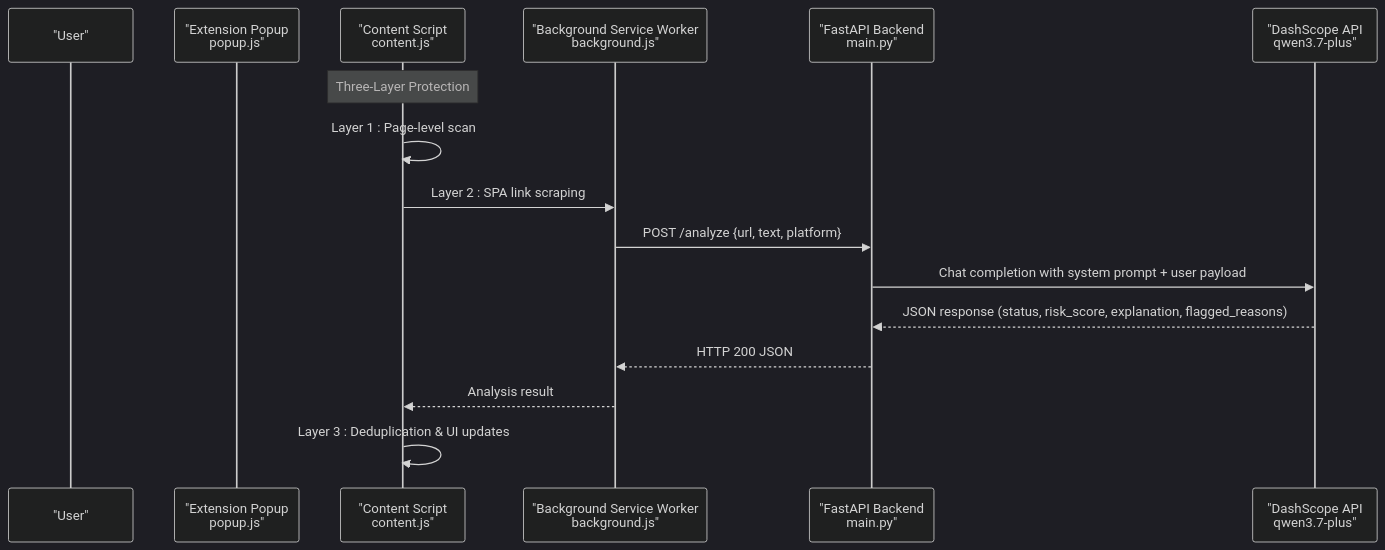
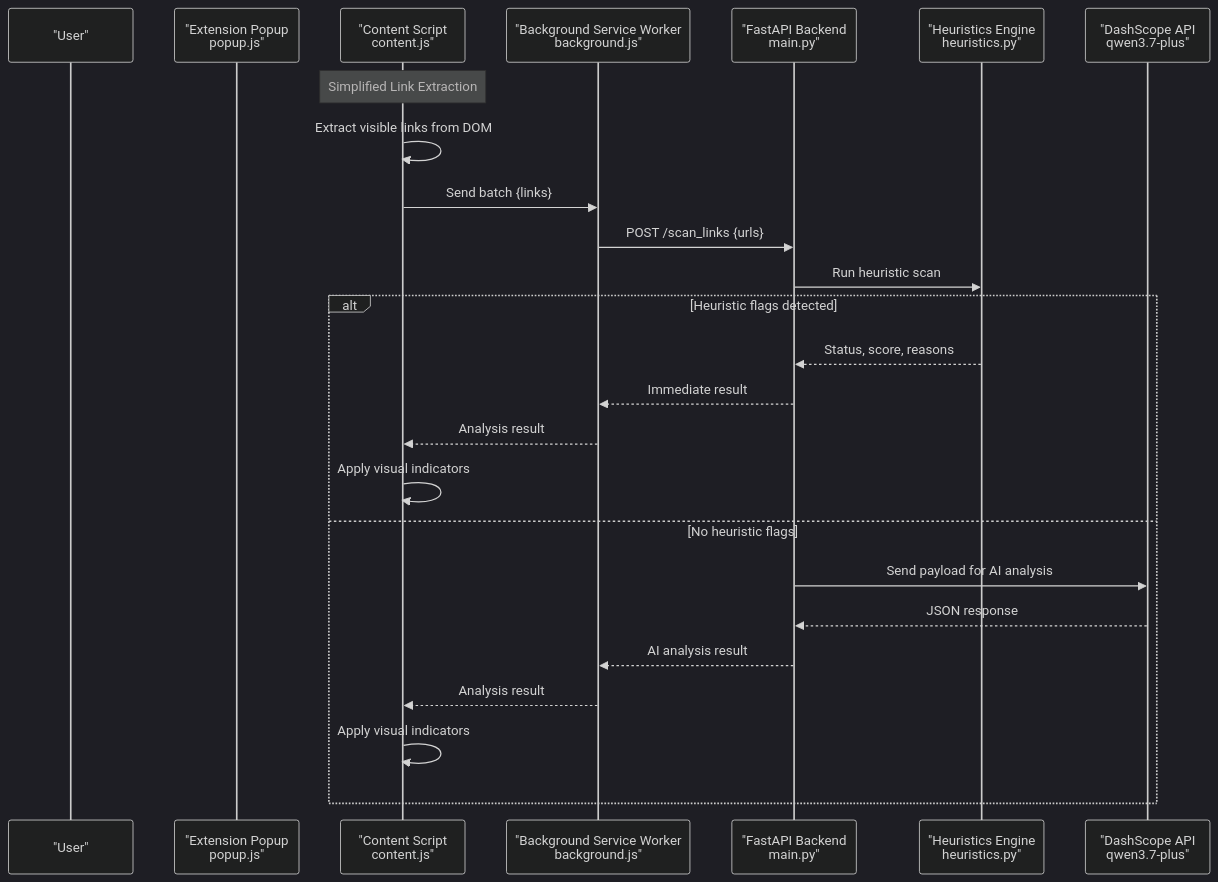
Before and after one commit to Aymanaahh/scrollguard-ai: the second of 7 diagrams in .qoder/repowiki/en/content/System Architecture.md, drawn with Mermaid (dark theme). The commit also changed other lines of this file and 36 other files, not shown here.

Commit message:
Major refactor: async backend, improved heuristics, modernized popup UI, and optimized content script with MutationObserver + deduplication

````diff
--- a/.qoder/repowiki/en/content/System Architecture.md
+++ b/.qoder/repowiki/en/content/System Architecture.md
@@ -114,18 +122,27 @@
 ```mermaid
 sequenceDiagram
 participant User as "User"
 participant Ext as "Extension Popup<br/>popup.js"
 participant CS as "Content Script<br/>content.js"
 participant SW as "Background Service Worker<br/>background.js"
 participant BE as "FastAPI Backend<br/>main.py"
+participant HEUR as "Heuristics Engine<br/>heuristics.py"
 participant AI as "DashScope API<br/>qwen3.7-plus"
-Note over CS : Three-Layer Protection
-CS->>CS : Layer 1 : Page-level scan
-CS->>SW : Layer 2 : SPA link scraping
-SW->>BE : POST /analyze {url, text, platform}
-BE->>AI : Chat completion with system prompt + user payload
-AI-->>BE : JSON response (status, risk_score, explanation, flagged_reasons)
-BE-->>SW : HTTP 200 JSON
+Note over CS : Simplified Link Extraction
+CS->>CS : Extract visible links from DOM
+CS->>SW : Send batch {links}
+SW->>BE : POST /scan_links {urls}
+BE->>HEUR : Run heuristic scan
+alt Heuristic flags detected
+HEUR-->>BE : Status, score, reasons
+BE-->>SW : Immediate result
 SW-->>CS : Analysis result
-CS->>CS : Layer 3 : Deduplication & UI updates
+CS->>CS : Apply visual indicators
+else No heuristic flags
+BE->>AI : Send payload for AI analysis
+AI-->>BE : JSON response
+BE-->>SW : AI analysis result
+SW-->>CS : Analysis result
+CS->>CS : Apply visual indicators
+end
 ```
````
